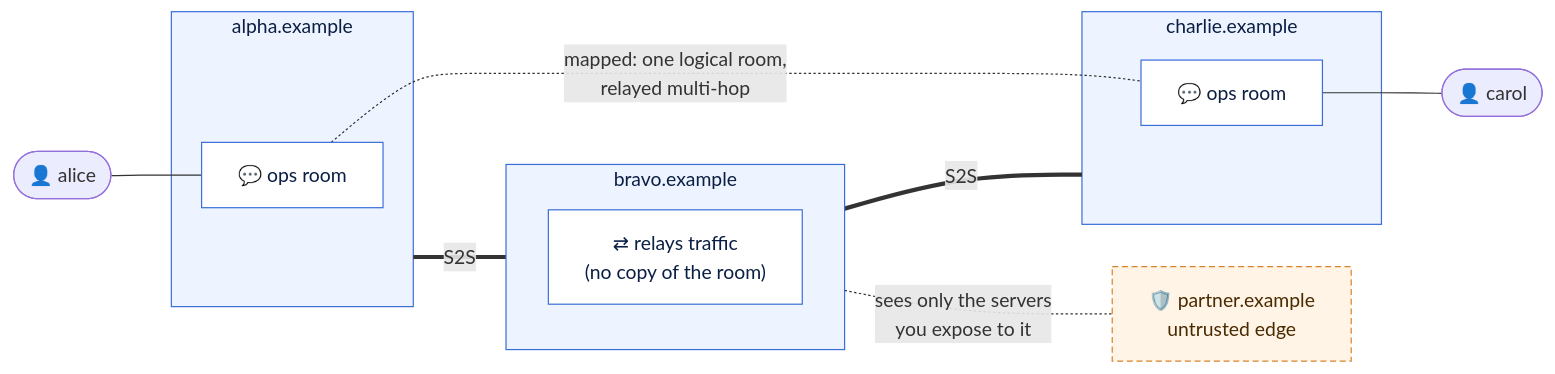
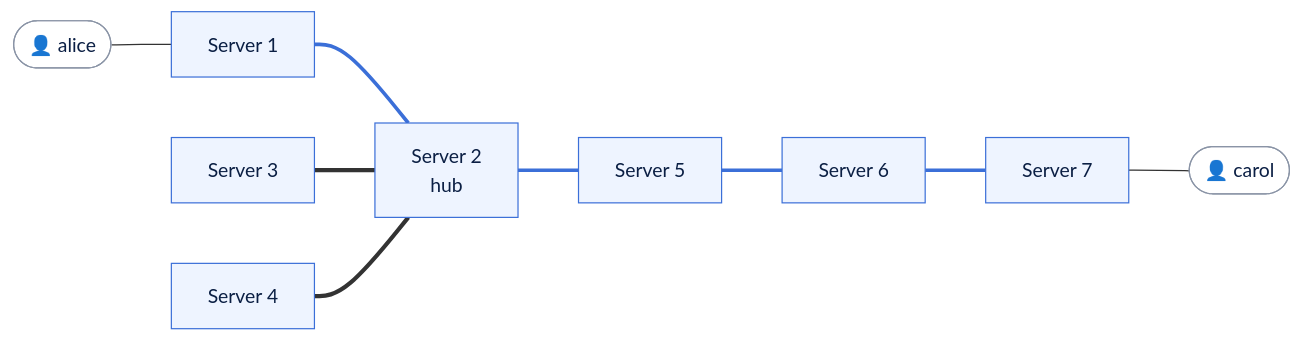
Before and after one commit to besteffortdev/openfire-federation: the diagram in README.md, drawn with Mermaid. The commit also changed other lines of this file, not shown here.

Commit message:
More Readme update

````diff
--- a/README.md
+++ b/README.md
@@ -12,32 +12,17 @@
 ```mermaid
 flowchart LR
-    alice(["👤 alice"]) --- opsA
-
-    subgraph A["alpha.example"]
-        opsA["💬 ops room"]
-    end
-
-    subgraph B["bravo.example"]
-        relay["⇄ relays traffic<br/>(no copy of the room)"]
-    end
-
-    subgraph C["charlie.example"]
-        opsC["💬 ops room"]
-    end
-
-    opsC --- carol(["👤 carol"])
-
-    partner["🛡️ partner.example<br/>untrusted edge"]
-
-    A ===|"S2S"| B
-    B ===|"S2S"| C
-    B -.-|"sees only the servers<br/>you expose to it"| partner
-    opsA -.-|"mapped: one logical room,<br/>relayed multi-hop"| opsC
+    alice(["👤 alice"]) --- S1
+    S1[Server 1] === S2
+    S3[Server 3] === S2
+    S4[Server 4] === S2
+    S2[Server 2<br/>hub] === S5[Server 5]
+    S5 === S6[Server 6]
+    S6 === S7[Server 7]
+    S7 --- carol(["👤 carol"])
 
     classDef server fill:#eef4ff,stroke:#3b6fd8,color:#0b1f44
-    classDef room fill:#ffffff,stroke:#3b6fd8,color:#0b1f44
-    classDef untrusted fill:#fff4e5,stroke:#d9822b,stroke-dasharray:5 3,color:#4a2a00
-    class A,B,C server
-    class opsA,opsC,relay room
-    class partner untrusted
+    classDef user fill:#ffffff,stroke:#8a94a6,color:#0b1f44
+    class S1,S2,S3,S4,S5,S6,S7 server
+    class alice,carol user
+    linkStyle 1,4,5,6 stroke:#3b6fd8,stroke-width:3px
 ```
````
